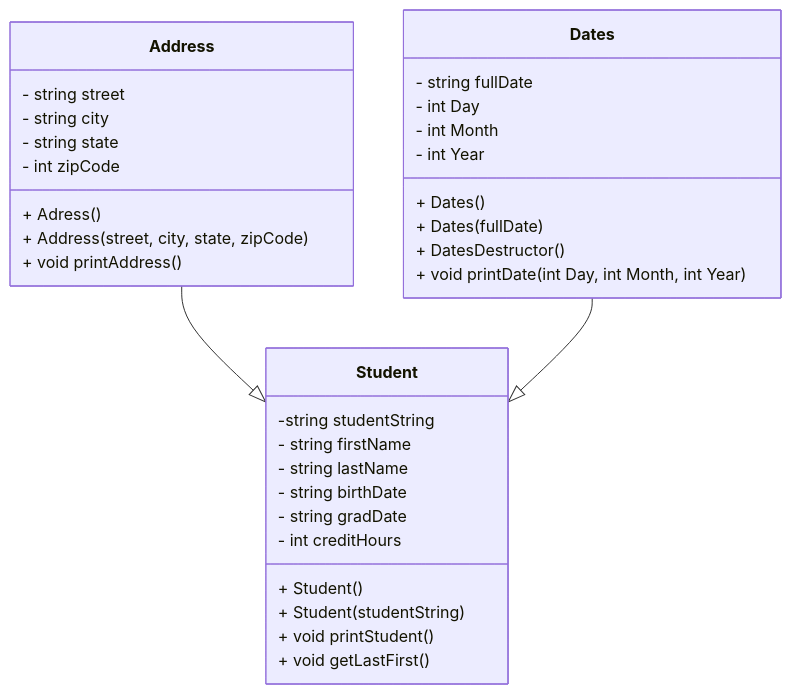
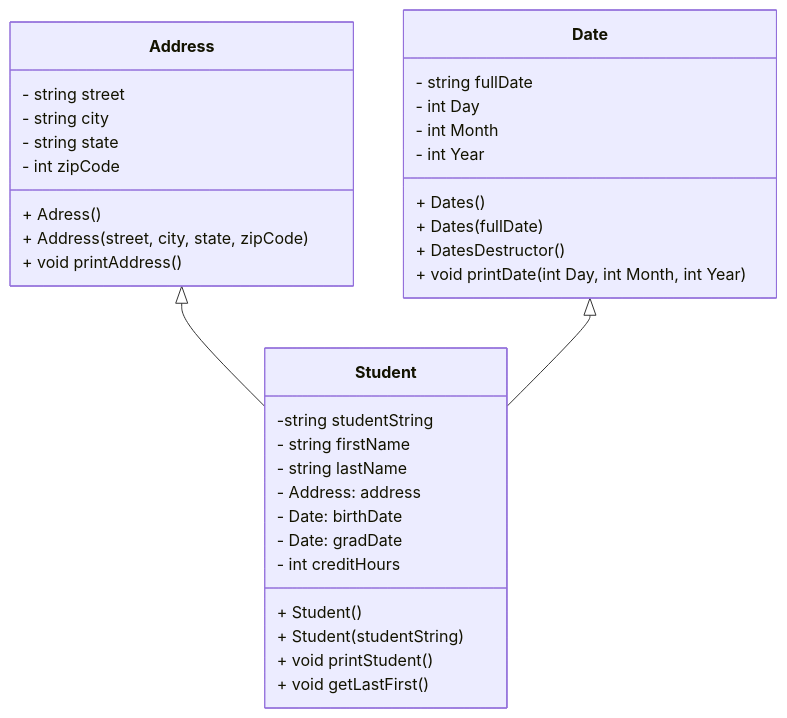
The diagram in README.md (janblocker2003/HeapOfStudentsP1), drawn with Mermaid before and after one commit.

Commit message:
Student is the one who should know the others

````diff
--- a/README.md
+++ b/README.md
@@ -5,40 +5,41 @@
 ```mermaid
 classDiagram
 direction TB
     class Address {
 	    - string street
 	    - string city
 	    - string state
 	    - int zipCode
-        + Adress()
+	    + Adress()
 	    + Address(street, city, state, zipCode)
 	    + void printAddress()
     }
 
-    class Dates {
+    class Date {
 	    - string fullDate
 	    - int Day
 	    - int Month
 	    - int Year
 	    + Dates()
 	    + Dates(fullDate)
 	    + DatesDestructor()
 	    + void printDate(int Day, int Month, int Year)
     }
 
     class Student {
 	    -string studentString
 	    - string firstName
 	    - string lastName
-        - string birthDate
-        - string gradDate
-        - int creditHours
+        - Address: address
+	    - Date: birthDate
+	    - Date: gradDate
+	    - int creditHours
 	    + Student()
 	    + Student(studentString)
 	    + void printStudent()
 	    + void getLastFirst()
     }
 
-    Address --|> Student
-    Dates --|> Student
+    Address <|-- Student
+    Date <|-- Student
 ```
````
